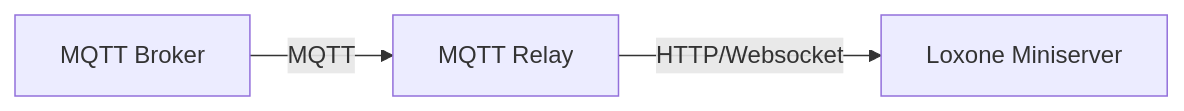
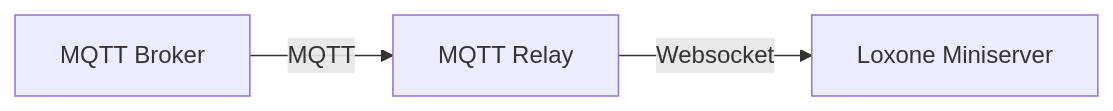
One commit to Jakob-Gliwa/loxMqttRelay changed the first of 2 diagrams in README.md. Above: the diagram before and after it, drawn with Mermaid. The commit also changed other lines of this file and 13 other files, not shown here.

First line of the commit message:
Drop the HTTP path to the Miniserver in favour of the websocket

````diff
--- a/README.md
+++ b/README.md
@@ -90,5 +90,5 @@
 ```mermaid
 graph LR
     MQTT[MQTT Broker] --> |MQTT|Relay[MQTT Relay]
-    Relay -->|HTTP/Websocket| Loxone[Loxone Miniserver]
+    Relay -->|Websocket| Loxone[Loxone Miniserver]
 ```
````
